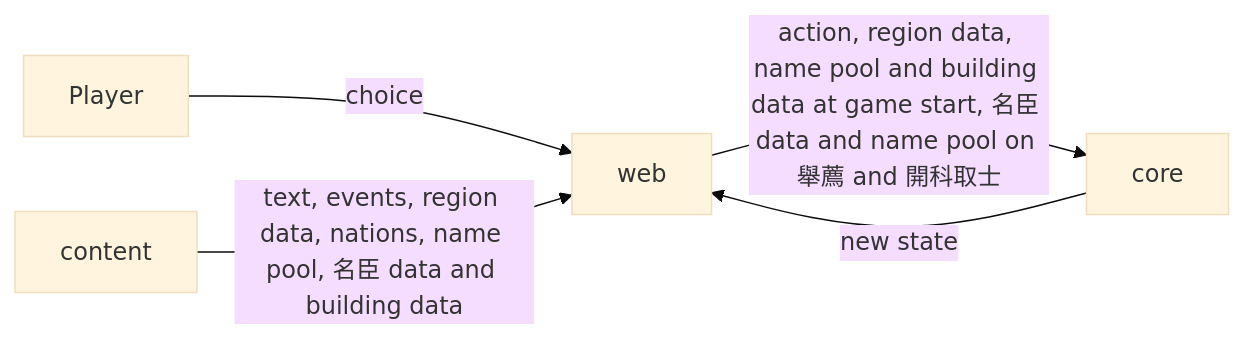
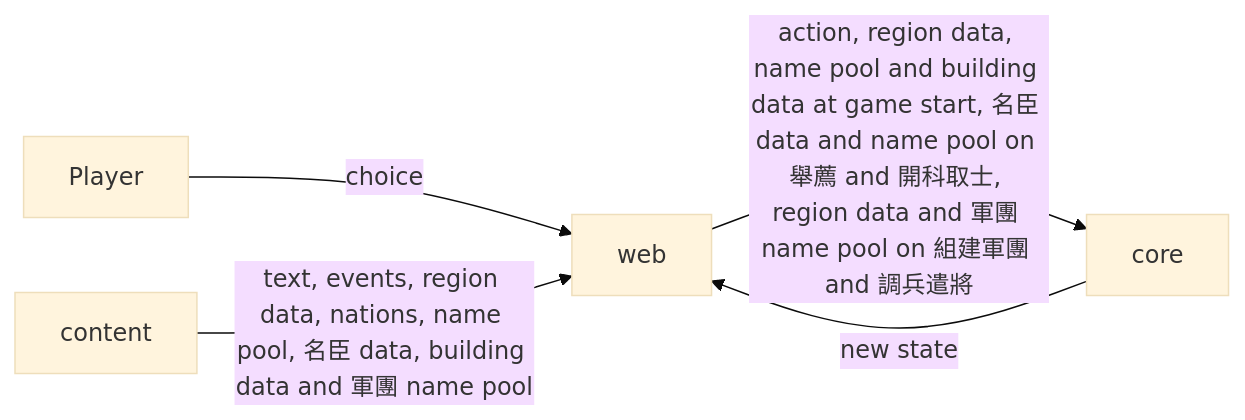
One commit to dcheng1248/agent-harness-test changed the second of 2 diagrams in docs/architecture.md. Above: the diagram before and after it, drawn with Mermaid (base theme). The commit also changed 10 other files, not shown here.

````diff
--- a/docs/architecture.md
+++ b/docs/architecture.md
@@ -12,7 +12,7 @@
 ```mermaid
 flowchart LR
   Player -->|choice| web
-  web -->|action, region data, name pool and building data at game start, 名臣 data and name pool on 舉薦 and 開科取士| core
-  content -->|text, events, region data, nations, name pool, 名臣 data and building data| web
+  web -->|action, region data, name pool and building data at game start, 名臣 data and name pool on 舉薦 and 開科取士, region data and 軍團 name pool on 組建軍團 and 調兵遣將| core
+  content -->|text, events, region data, nations, name pool, 名臣 data, building data and 軍團 name pool| web
   core -->|new state| web
 ```
````
